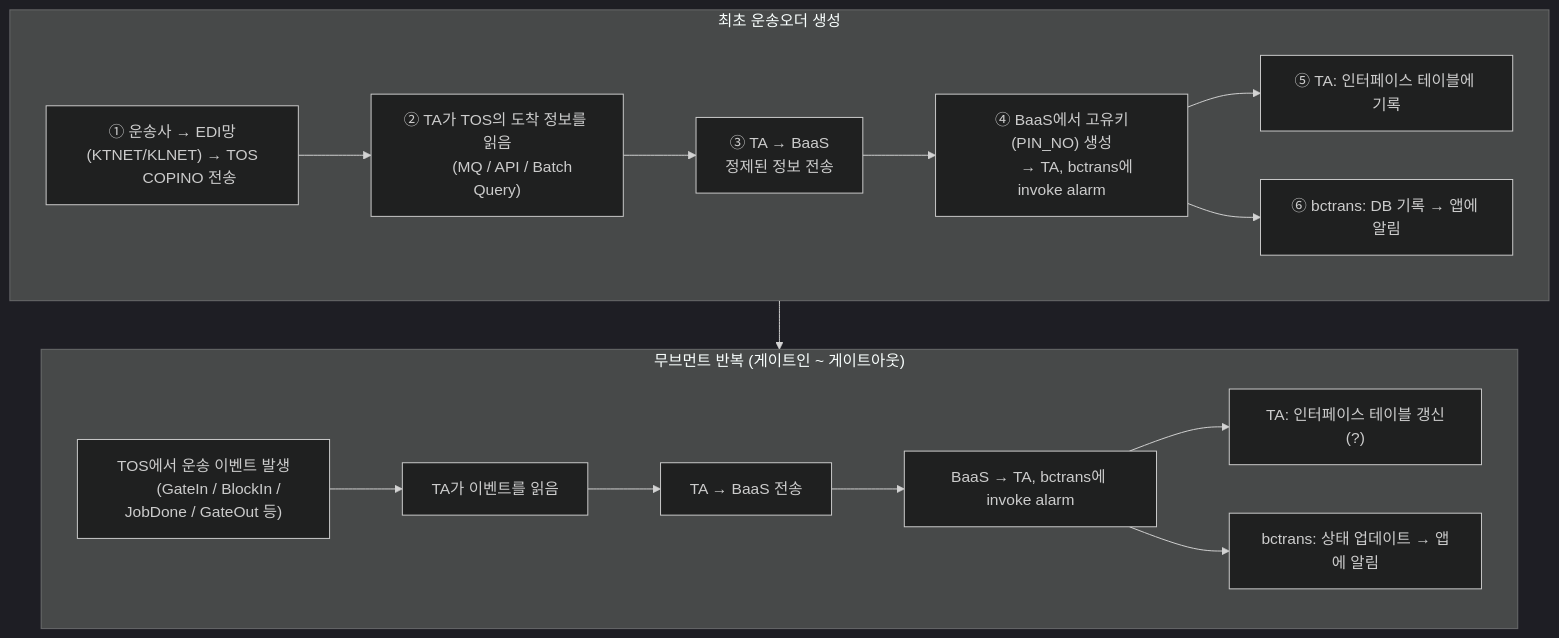
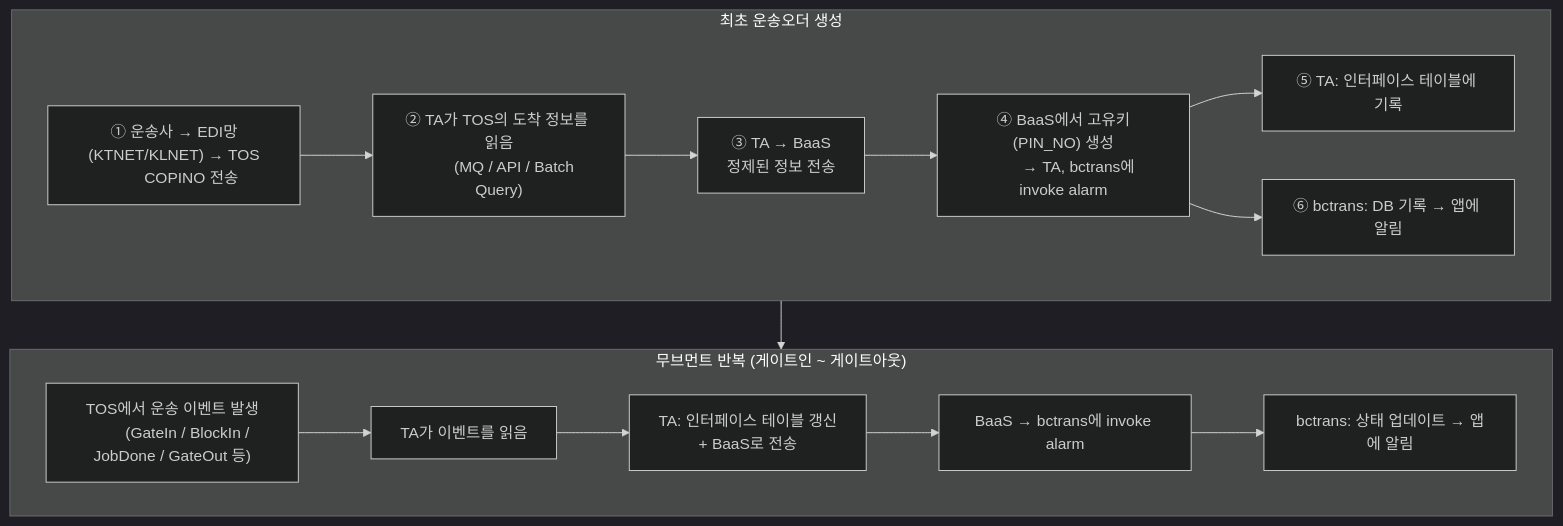
The first of 3 diagrams in 1. smartm2m/프로세스 정리/전체 흐름/인프라 오버뷰.md (leedg92/Obsidian), drawn with Mermaid before and after one commit. The commit also changed other lines of this file, not shown here.

````diff
--- a/1. smartm2m/프로세스 정리/전체 흐름/인프라 오버뷰.md
+++ b/1. smartm2m/프로세스 정리/전체 흐름/인프라 오버뷰.md
@@ -53,40 +53,38 @@
 ```mermaid
 ---
 config:
   theme: dark
 ---
 
 flowchart TD
     subgraph 최초["최초 운송오더 생성"]
         A1["① 운송사 → EDI망(KTNET/KLNET) → TOS
         COPINO 전송"]
         A2["② TA가 TOS의 도착 정보를 읽음
         (MQ / API / Batch Query)"]
         A3["③ TA → BaaS
         정제된 정보 전송"]
         A4["④ BaaS에서 고유키(PIN_NO) 생성
         → TA, bctrans에 invoke alarm"]
         A5["⑤ TA: 인터페이스 테이블에 기록"]
         A6["⑥ bctrans: DB 기록 → 앱에 알림"]
 
         A1 --> A2 --> A3 --> A4
         A4 --> A5
         A4 --> A6
     end
 
     subgraph 무브먼트["무브먼트 반복 (게이트인 ~ 게이트아웃)"]
         M1["TOS에서 운송 이벤트 발생
         (GateIn / BlockIn / JobDone / GateOut 등)"]
         M2["TA가 이벤트를 읽음"]
-        M3["TA → BaaS 전송"]
-        M4["BaaS → TA, bctrans에 invoke alarm"]
-        M5["TA: 인터페이스 테이블 갱신(?)"]
-        M6["bctrans: 상태 업데이트 → 앱에 알림"]
+        M3["TA: 인터페이스 테이블 갱신
+        + BaaS로 전송"]
+        M4["BaaS → bctrans에 invoke alarm"]
+        M5["bctrans: 상태 업데이트 → 앱에 알림"]
 
-        M1 --> M2 --> M3 --> M4
-        M4 --> M5
-        M4 --> M6
+        M1 --> M2 --> M3 --> M4 --> M5
     end
 
     최초 --> 무브먼트
 ```
````
